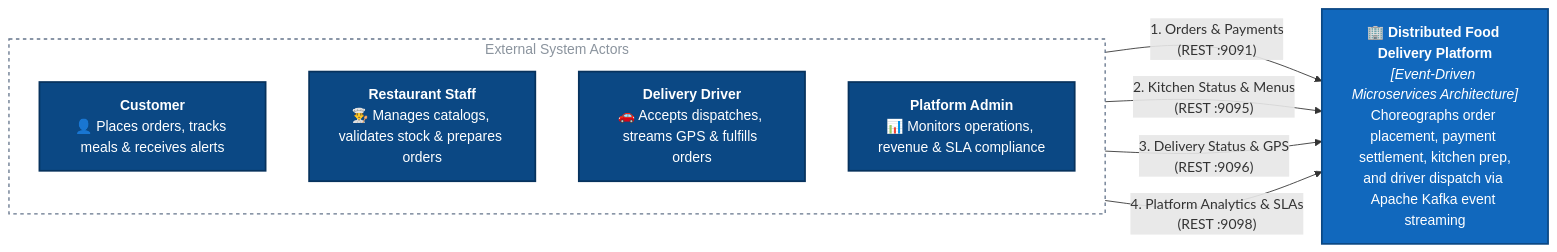
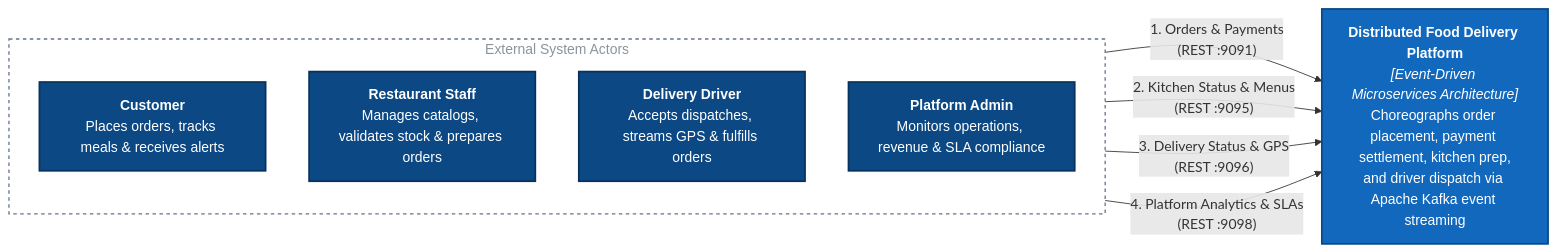
One commit to CodeGrogu/DSA-Assignment-2 changed the first of 3 diagrams in README.md. Above: the diagram before and after it, drawn with Mermaid.

Commit message:
Refactor actor descriptions in README diagram
Updated actor descriptions in the diagram to remove HTML tags for better readability.

````diff
--- a/README.md
+++ b/README.md
@@ -18,24 +18,24 @@
 ```mermaid
 flowchart LR
     %% Styling Definitions
     classDef actorNode fill:#0b4884,stroke:#07325d,stroke-width:2px,color:#ffffff,font-family:sans-serif;
     classDef systemNode fill:#1168bd,stroke:#0b4884,stroke-width:2px,color:#ffffff,font-family:sans-serif;
     classDef clusterBox fill:none,stroke:#64748b,stroke-width:1.5px,stroke-dasharray: 4 4,color:#8b949e,font-family:sans-serif;
 
     subgraph Actors ["External System Actors"]
         direction TB
-        customer["<b>Customer</b><br/>👤 Places orders, tracks meals & receives alerts"]:::actorNode
-        restaurant["<b>Restaurant Staff</b><br/>👨‍🍳 Manages catalogs, validates stock & prepares orders"]:::actorNode
-        driver["<b>Delivery Driver</b><br/>🚗 Accepts dispatches, streams GPS & fulfills orders"]:::actorNode
-        admin["<b>Platform Admin</b><br/>📊 Monitors operations, revenue & SLA compliance"]:::actorNode
+        customer["<b>Customer</b><br/>Places orders, tracks meals & receives alerts"]:::actorNode
+        restaurant["<b>Restaurant Staff</b><br/>Manages catalogs, validates stock & prepares orders"]:::actorNode
+        driver["<b>Delivery Driver</b><br/>Accepts dispatches, streams GPS & fulfills orders"]:::actorNode
+        admin["<b>Platform Admin</b><br/>Monitors operations, revenue & SLA compliance"]:::actorNode
     end
 
-    platform["🏢 <b>Distributed Food Delivery Platform</b><br/><i>[Event-Driven Microservices Architecture]</i><br/>Choreographs order placement, payment settlement, kitchen prep,<br/>and driver dispatch via Apache Kafka event streaming"]:::systemNode
+    platform["<b>Distributed Food Delivery Platform</b><br/><i>[Event-Driven Microservices Architecture]</i><br/>Choreographs order placement, payment settlement, kitchen prep,<br/>and driver dispatch via Apache Kafka event streaming"]:::systemNode
 
     customer -->|"1. Orders & Payments<br/>(REST :9091)"| platform
     restaurant -->|"2. Kitchen Status & Menus<br/>(REST :9095)"| platform
     driver -->|"3. Delivery Status & GPS<br/>(REST :9096)"| platform
     admin -->|"4. Platform Analytics & SLAs<br/>(REST :9098)"| platform
 
     class Actors clusterBox;
 ```
````
